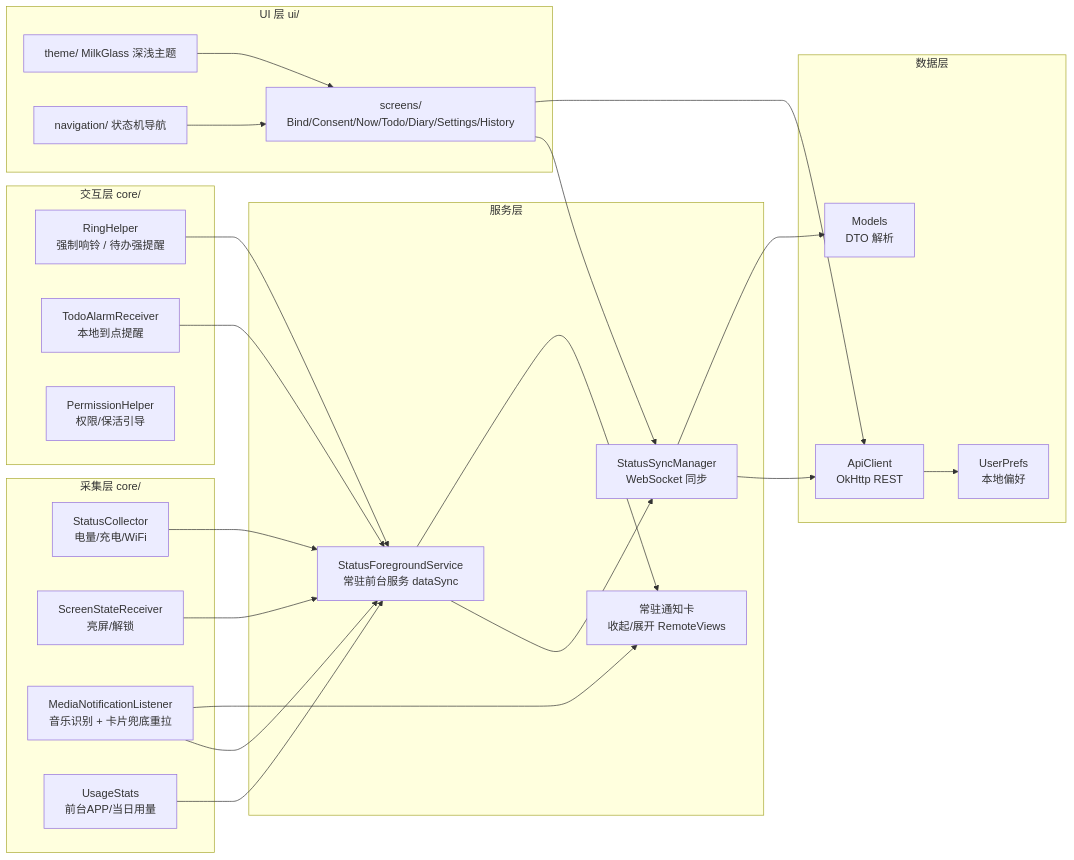
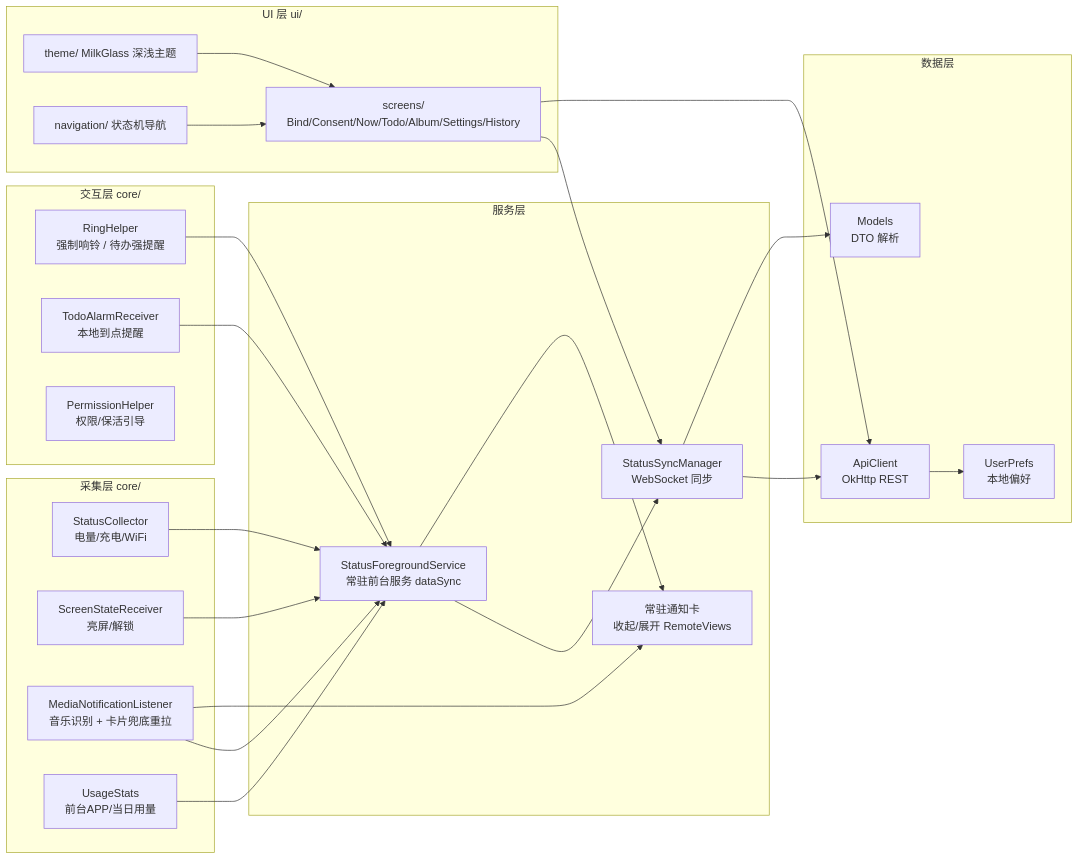
The first of 10 diagrams in ARCHITECTURE.md (Lxii-Build/LxDay), drawn with Mermaid before and after one commit. The commit also changed other lines of this file and 11 other files, not shown here.

````diff
--- a/ARCHITECTURE.md
+++ b/ARCHITECTURE.md
@@ -83,50 +83,50 @@
 ```mermaid
 graph LR
     subgraph "采集层 core/"
         BAT["StatusCollector<br/>电量/充电/WiFi"]
         SCR["ScreenStateReceiver<br/>亮屏/解锁"]
         MEDIA["MediaNotificationListener<br/>音乐识别 + 卡片兜底重拉"]
         USAGE["UsageStats<br/>前台APP/当日用量"]
     end
 
     subgraph "交互层 core/"
         RING["RingHelper<br/>强制响铃 / 待办强提醒"]
         TODO["TodoAlarmReceiver<br/>本地到点提醒"]
         PERM["PermissionHelper<br/>权限/保活引导"]
     end
 
     subgraph "服务层"
         FGS["StatusForegroundService<br/>常驻前台服务 dataSync"]
         CARD["常驻通知卡<br/>收起/展开 RemoteViews"]
         SYNC["StatusSyncManager<br/>WebSocket 同步"]
     end
 
     subgraph "数据层"
         API["ApiClient<br/>OkHttp REST"]
         MODEL["Models<br/>DTO 解析"]
         PREF["UserPrefs<br/>本地偏好"]
     end
 
     subgraph "UI 层 ui/"
         THEME["theme/ MilkGlass 深浅主题"]
         NAV["navigation/ 状态机导航"]
-        SCREENS["screens/<br/>Bind/Consent/Now/Todo/Diary/Settings/History"]
+        SCREENS["screens/<br/>Bind/Consent/Now/Todo/Album/Settings/History"]
     end
 
     BAT --> FGS
     SCR --> FGS
     MEDIA --> FGS
     USAGE --> FGS
     RING --> FGS
     TODO --> FGS
     FGS --> SYNC
     FGS --> CARD
     MEDIA --> CARD
     SYNC --> API
     SYNC --> MODEL
     API --> PREF
     THEME --> SCREENS
     NAV --> SCREENS
     SCREENS --> SYNC
     SCREENS --> API
 ```
````
